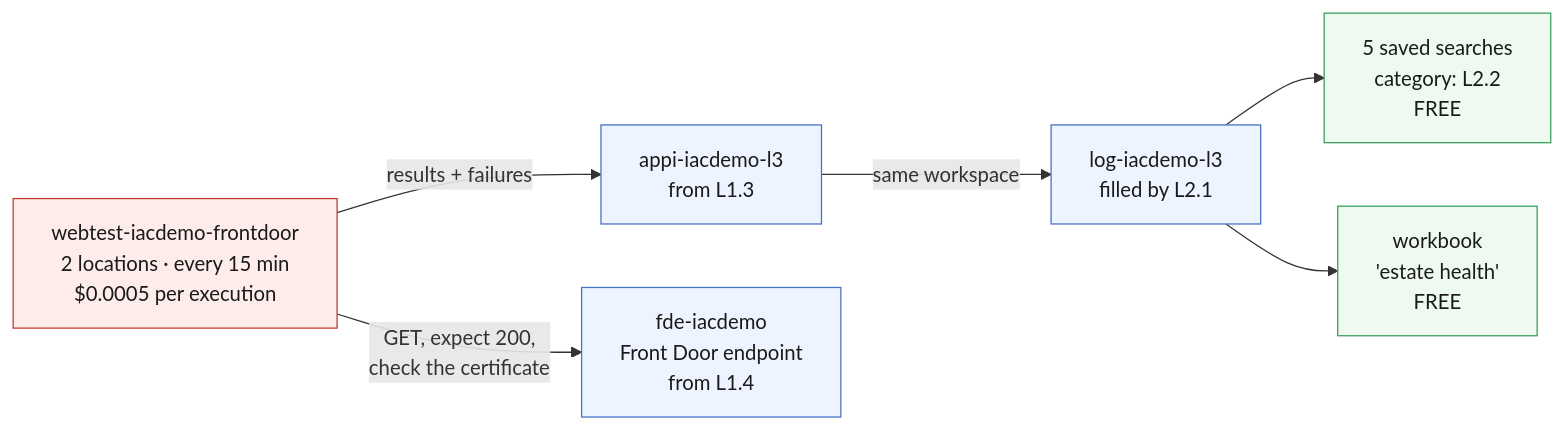
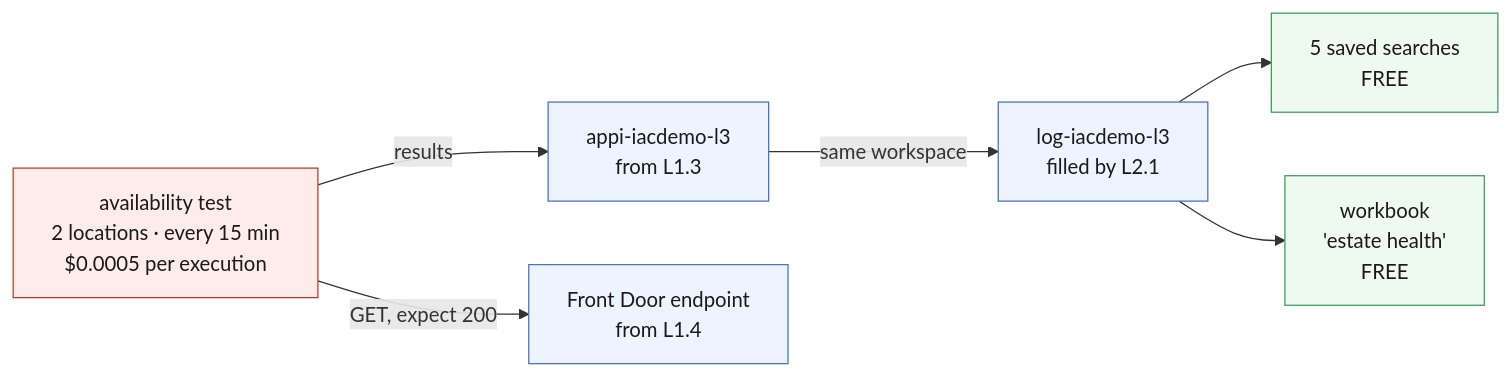
Before and after one commit to saulpatinojr/Demo-IaC_Demo_with_VSCode: the diagram in docs/wiki/Curriculum-L2-2-Operational-Visibility.md, drawn with Mermaid. The commit also changed other lines of this file and 8 other files, not shown here.

````diff
--- a/docs/wiki/Curriculum-L2-2-Operational-Visibility.md
+++ b/docs/wiki/Curriculum-L2-2-Operational-Visibility.md
@@ -19,22 +33,22 @@
 ```mermaid
 flowchart LR
   WS["log-iacdemo-l3<br/>filled by L2.1"]
-  SS["5 saved searches<br/>category: L2.2<br/>FREE"]
+  SS["5 saved searches<br/>FREE"]
   WB["workbook<br/>'estate health'<br/>FREE"]
   AI["appi-iacdemo-l3<br/>from L1.3"]
-  WT["webtest-iacdemo-frontdoor<br/>2 locations · every 15 min<br/>$0.0005 per execution"]
-  FD["fde-iacdemo<br/>Front Door endpoint<br/>from L1.4"]
+  WT["availability test<br/>2 locations · every 15 min<br/>$0.0005 per execution"]
+  FD["Front Door endpoint<br/>from L1.4"]
 
   WS --> SS
   WS --> WB
-  WT -->|"GET, expect 200,<br/>check the certificate"| FD
-  WT -->|"results + failures"| AI
+  WT -->|"GET, expect 200"| FD
+  WT -->|"results"| AI
   AI -->|"same workspace"| WS
 
   classDef free fill:#eefaf0,stroke:#3a9d5d,color:#1a1a1a
   classDef paid fill:#fdecea,stroke:#c0392b,color:#1a1a1a
   classDef src fill:#eef4ff,stroke:#4472c4,color:#1a1a1a
   class SS,WB free
   class WT paid
   class WS,AI,FD src
 ```
````
